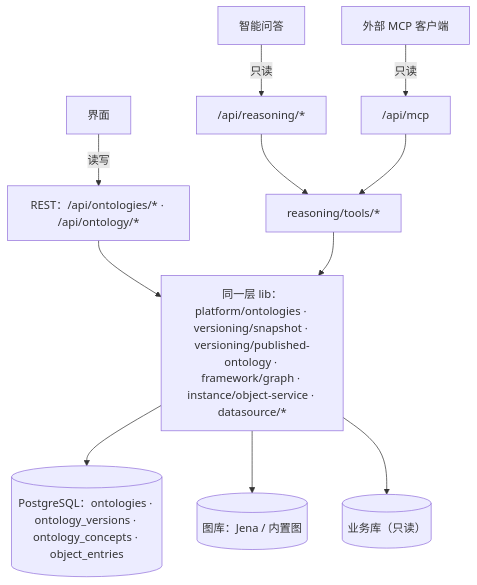
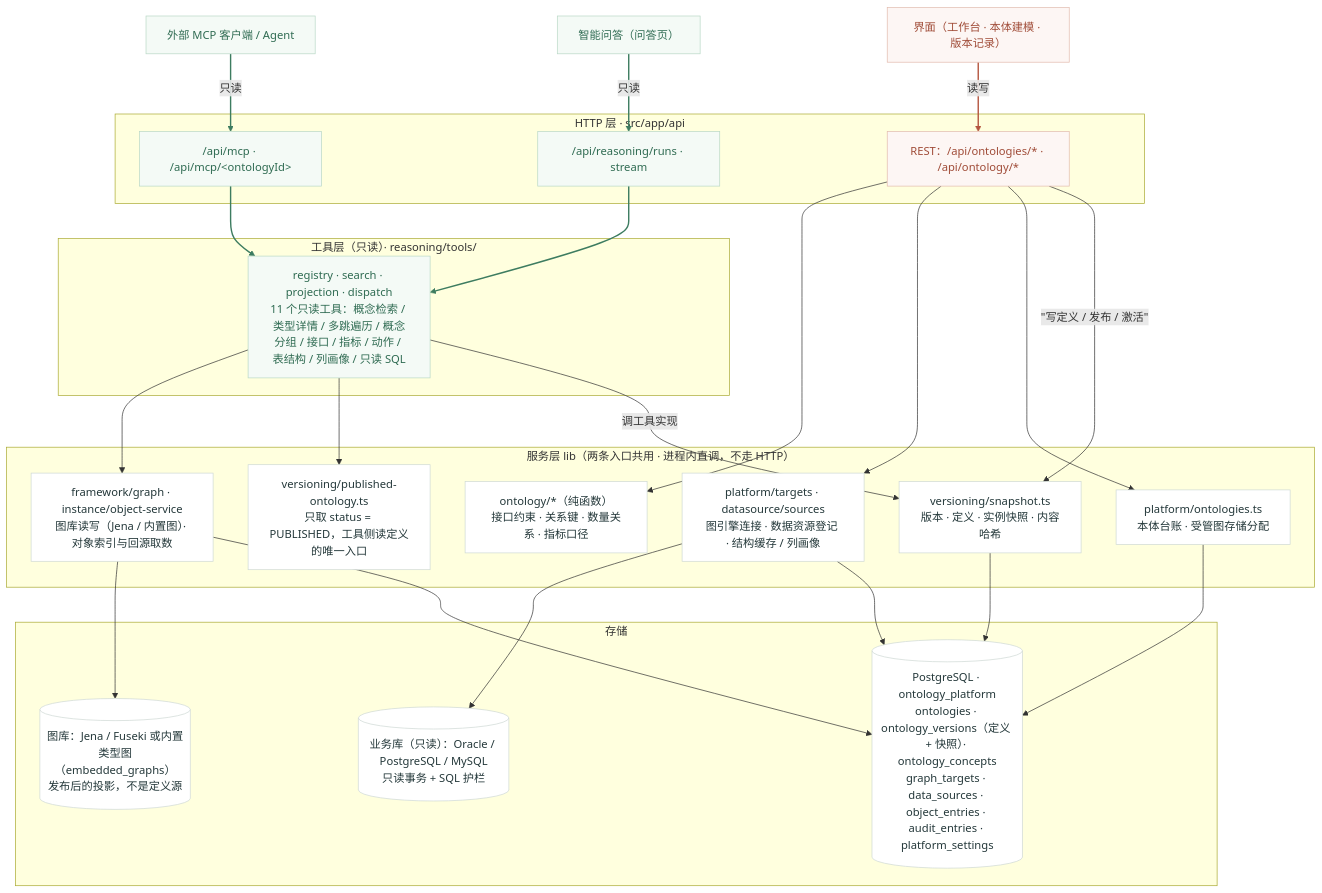
The first of 2 diagrams in README.md (shell-nlp/ontology_management), drawn with Mermaid before and after one commit. The commit also changed other lines of this file, not shown here.

Commit message:
docs: 更新架构图与说明，明确两条入口的差异
更新 README 中的架构流程图，细化 HTTP 层、工具层、服务层、存储层的划分，补充各层职责说明及只读工具的实现细节。新增表格明确 REST 入口与智能问答/MCP 入口的三处核心差异，说明两者共用只读工具的设计，避免能力漂移。

````diff
--- a/README.md
+++ b/README.md
@@ -355,13 +355,59 @@
 ```mermaid
 flowchart TB
-  UI["界面"] -->|"读写"| REST["REST：/api/ontologies/* · /api/ontology/*"]
-  QA["智能问答"] -->|"只读"| RUN["/api/reasoning/*"]
-  EXT["外部 MCP 客户端"] -->|"只读"| MCP["/api/mcp"]
-  RUN --> TOOLS["reasoning/tools/*"]
-  MCP --> TOOLS
-  REST --> LIB["同一层 lib：platform/ontologies · versioning/snapshot · versioning/published-ontology · framework/graph · instance/object-service · datasource/*"]
-  TOOLS --> LIB
-  LIB --> PG[("PostgreSQL：ontologies · ontology_versions · ontology_concepts · object_entries")]
-  LIB --> GRAPH[("图库：Jena / 内置图")]
-  LIB --> BIZ[("业务库（只读）")]
+  UI["界面（工作台 · 本体建模 · 版本记录）"]
+  QA["智能问答（问答页）"]
+  EXT["外部 MCP 客户端 / Agent"]
+
+  subgraph L_HTTP["HTTP 层 · src/app/api"]
+    REST["REST：/api/ontologies/* · /api/ontology/*"]
+    RUN["/api/reasoning/runs · stream"]
+    MCPE["/api/mcp · /api/mcp/&lt;ontologyId&gt;"]
+  end
+
+  subgraph L_TOOLS["工具层（只读）· reasoning/tools/"]
+    TOOLS["registry · search · projection · dispatch<br/>11 个只读工具：概念检索 / 类型详情 / 多跳遍历 / 概念分组 / 接口 / 指标 / 动作 / 表结构 / 列画像 / 只读 SQL"]
+  end
+
+  subgraph L_SERVICE["服务层 lib（两条入口共用 · 进程内直调，不走 HTTP）"]
+    ONTO["platform/ontologies.ts<br/>本体台账 · 受管图存储分配"]
+    SNAP["versioning/snapshot.ts<br/>版本 · 定义 · 实例快照 · 内容哈希"]
+    PUB["versioning/published-ontology.ts<br/>只取 status = PUBLISHED，工具侧读定义的唯一入口"]
+    SRCT["platform/targets · datasource/sources<br/>图引擎连接 · 数据资源登记 · 结构缓存 / 列画像"]
+    GRAPHS["framework/graph · instance/object-service<br/>图库读写（Jena / 内置图）· 对象索引与回源取数"]
+    PURE["ontology/*（纯函数）<br/>接口约束 · 关系键 · 数量关系 · 指标口径"]
+  end
+
+  subgraph L_STORE["存储"]
+    PG[("PostgreSQL · ontology_platform<br/>ontologies · ontology_versions（定义 + 快照）· ontology_concepts<br/>graph_targets · data_sources · object_entries · audit_entries · platform_settings")]
+    GRAPH[("图库：Jena / Fuseki 或内置类型图（embedded_graphs）<br/>发布后的投影，不是定义源")]
+    BIZ[("业务库（只读）：Oracle / PostgreSQL / MySQL<br/>只读事务 + SQL 护栏")]
+  end
+
+  UI -->|"读写"| REST
+  QA -->|"只读"| RUN
+  EXT -->|"只读"| MCPE
+  REST -->|&quot;写定义 / 发布 / 激活&quot;| SNAP
+  REST --> ONTO
+  REST --> SRCT
+  REST --> PURE
+  RUN --> TOOLS
+  MCPE --> TOOLS
+  TOOLS -->|"调工具实现"| SNAP
+  TOOLS --> PUB
+  TOOLS --> GRAPHS
+  ONTO --> PG
+  SNAP --> PG
+  SRCT --> PG
+  SRCT --> BIZ
+  GRAPHS --> PG
+  GRAPHS --> GRAPH
+
+  classDef write fill:#fdf6f4,stroke:#e2bbae,color:#a04c38;
+  classDef read fill:#f4faf6,stroke:#b9d8c6,color:#2f6b52;
+  classDef plain fill:#ffffff,stroke:#cfd9d4,color:#24383a;
+  class UI,REST write;
+  class QA,EXT,RUN,MCPE,TOOLS read;
+  class ONTO,SNAP,PUB,SRCT,GRAPHS,PURE,PG,GRAPH,BIZ plain;
+  linkStyle 0 stroke:#b4553f,stroke-width:2px;
+  linkStyle 1,2,7,8 stroke:#3d7c60,stroke-width:2px;
 ```
````
